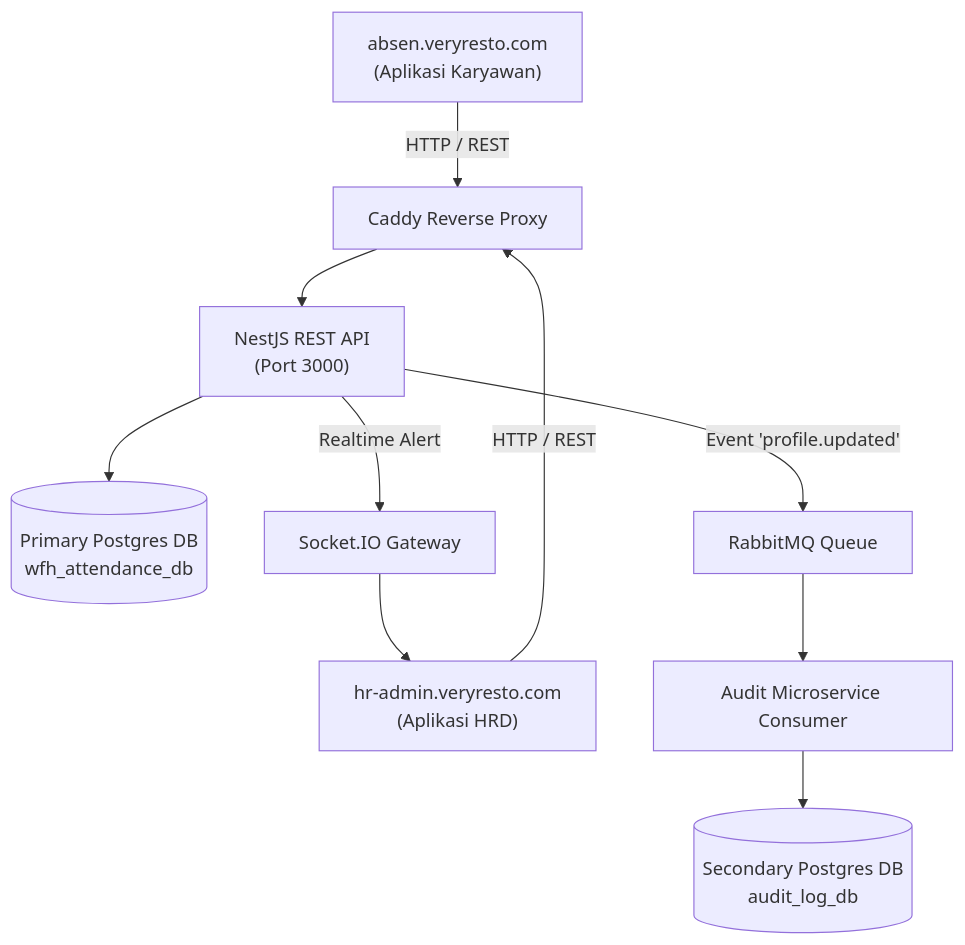
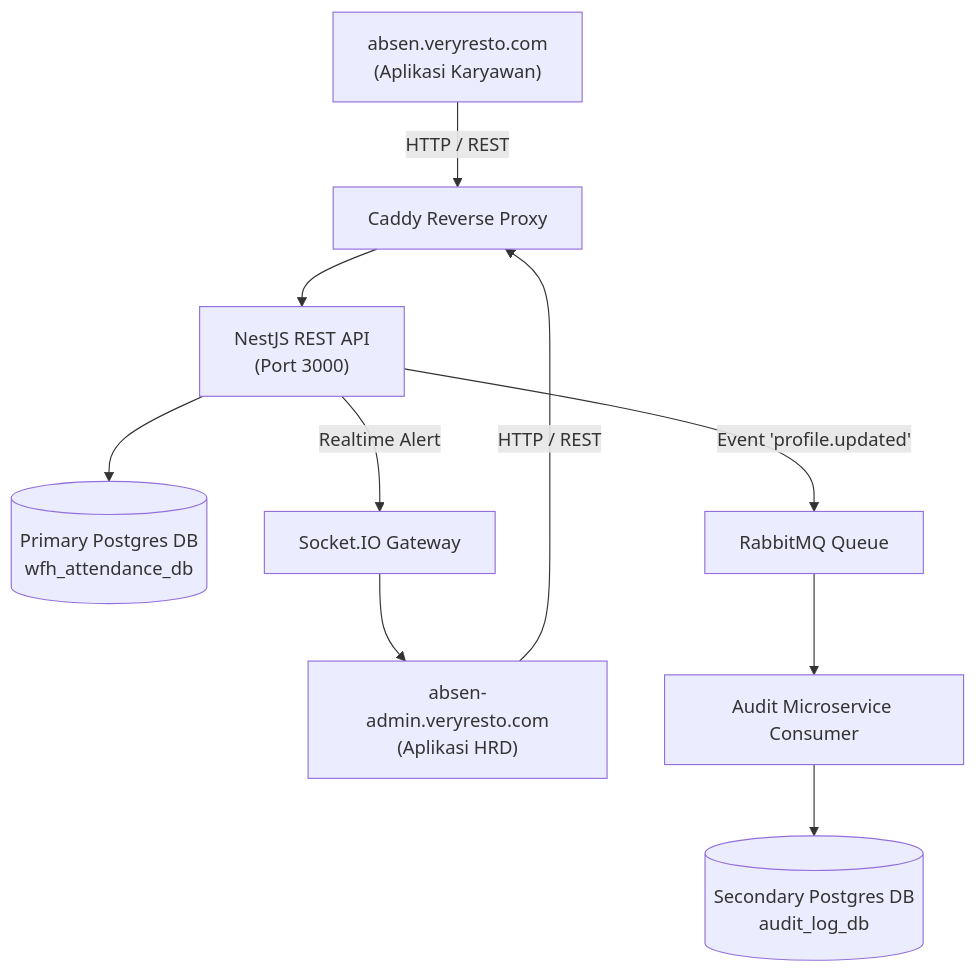
The diagram in README.md (veryresto/absensi-kantor), drawn with Mermaid before and after one commit. The commit also changed other lines of this file and 4 other files, not shown here.

Commit message:
feat: add Caddy reverse proxy configuration and update HR admin domain references

````diff
--- a/README.md
+++ b/README.md
@@ -46,12 +46,12 @@
 ```mermaid
 flowchart TD
     A["absen.veryresto.com<br/>(Aplikasi Karyawan)"] -->|HTTP / REST| Caddy["Caddy Reverse Proxy"]
-    B["hr-admin.veryresto.com<br/>(Aplikasi HRD)"] -->|HTTP / REST| Caddy
+    B["absen-admin.veryresto.com<br/>(Aplikasi HRD)"] -->|HTTP / REST| Caddy
     Caddy --> API["NestJS REST API<br/>(Port 3000)"]
     API --> DB1[("Primary Postgres DB<br/>wfh_attendance_db")]
     API -->|Realtime Alert| WS["Socket.IO Gateway"]
     WS --> B
     API -->|Event 'profile.updated'| RMQ["RabbitMQ Queue"]
     RMQ --> MQConsumer["Audit Microservice Consumer"]
     MQConsumer --> DB2[("Secondary Postgres DB<br/>audit_log_db")]
 ```
````
